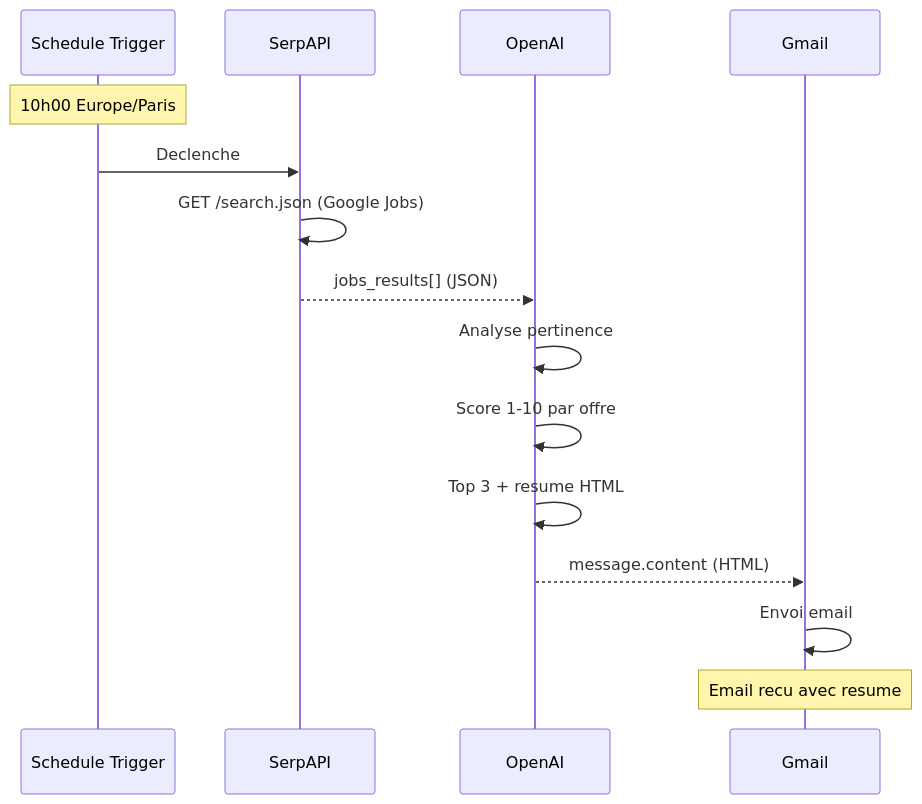
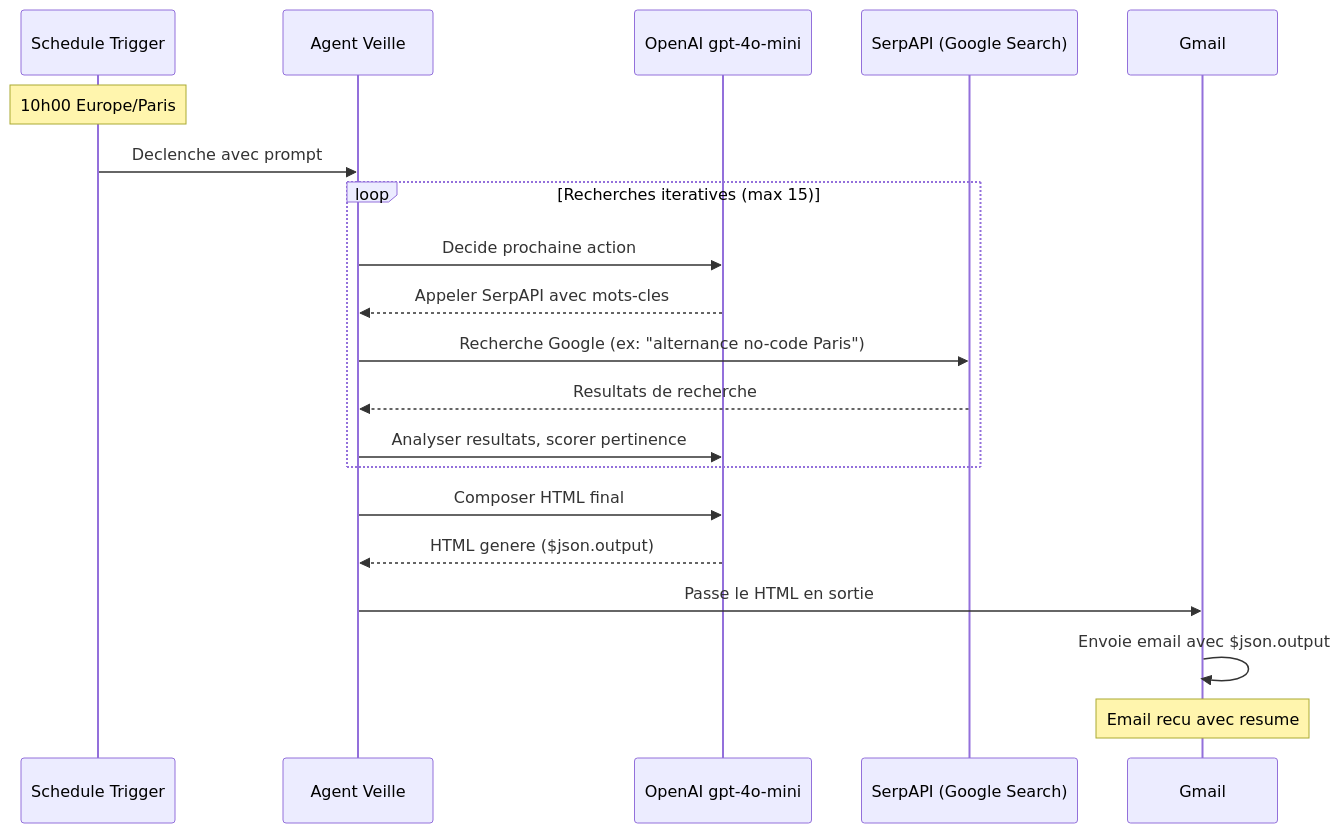
One commit to Paul-Antoine/job-scraper changed the second of 2 diagrams in WORKFLOW-DOC.md. Above: the diagram before and after it, drawn with Mermaid. The commit also changed other lines of this file and 1 other file, not shown here.

First line of the commit message:
refactor: replace linear workflow with AI Agent architecture

````diff
--- a/WORKFLOW-DOC.md
+++ b/WORKFLOW-DOC.md
@@ -63,20 +70,25 @@
 ```mermaid
 sequenceDiagram
     participant S as Schedule Trigger
-    participant SP as SerpAPI
-    participant AI as OpenAI
+    participant AG as Agent Veille
+    participant LLM as OpenAI gpt-4o-mini
+    participant SP as SerpAPI (Google Search)
     participant G as Gmail
 
     Note over S: 10h00 Europe/Paris
-    S->>SP: Declenche
-    SP->>SP: GET /search.json (Google Jobs)
-    SP-->>AI: jobs_results[] (JSON)
+    S->>AG: Declenche avec prompt
 
-    AI->>AI: Analyse pertinence
-    AI->>AI: Score 1-10 par offre
-    AI->>AI: Top 3 + resume HTML
-    AI-->>G: message.content (HTML)
+    loop Recherches iteratives (max 15)
+        AG->>LLM: Decide prochaine action
+        LLM-->>AG: Appeler SerpAPI avec mots-cles
+        AG->>SP: Recherche Google (ex: "alternance no-code Paris")
+        SP-->>AG: Resultats de recherche
+        AG->>LLM: Analyser resultats, scorer pertinence
+    end
 
-    G->>G: Envoi email
+    AG->>LLM: Composer HTML final
+    LLM-->>AG: HTML genere ($json.output)
+    AG->>G: Passe le HTML en sortie
+    G->>G: Envoie email avec $json.output
     Note over G: Email recu avec resume
 ```
````
